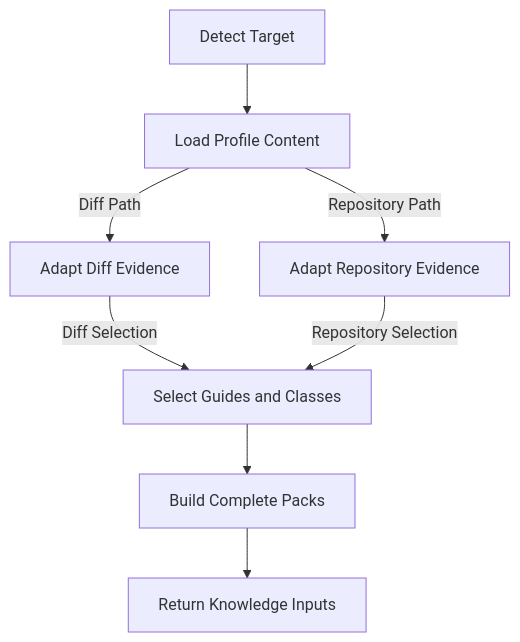
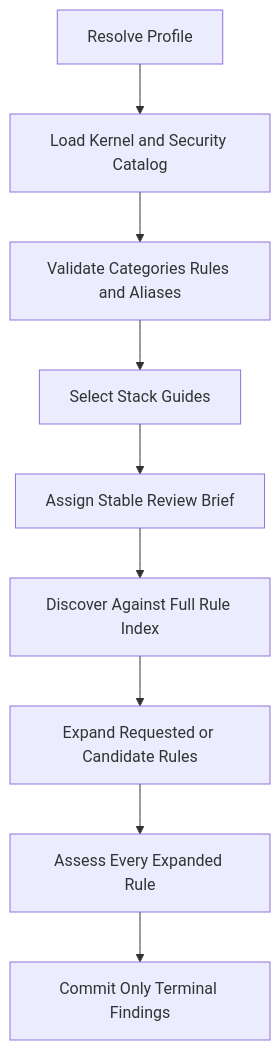
Before and after one commit to eth4nr00t/cyberjury: the diagram in docs/knowledge-design.md, drawn with Mermaid. The commit also changed other lines of this file and 144 other files, not shown here.

Commit message:
refactor: redesign review knowledge and judgment contracts

````diff
--- a/docs/knowledge-design.md
+++ b/docs/knowledge-design.md
@@ -352,10 +249,11 @@
 ```mermaid
 flowchart TD
-    A[Detect Target] --> B[Load Profile Content]
-    B -- Diff Path --> C[Adapt Diff Evidence]
-    B -- Repository Path --> D[Adapt Repository Evidence]
-    C -- Diff Selection --> E[Select Guides and Classes]
-    D -- Repository Selection --> E
-    E --> F[Build Complete Packs]
-    F --> G[Return Knowledge Inputs]
+    A[Resolve Profile] --> B[Load Kernel and Security Catalog]
+    B --> C[Validate Categories Rules and Aliases]
+    C --> D[Select Stack Guides]
+    D --> E[Assign Stable Review Brief]
+    E --> F[Discover Against Full Rule Index]
+    F --> G[Expand Requested or Candidate Rules]
+    G --> H[Assess Every Expanded Rule]
+    H --> I[Commit Only Terminal Findings]
 ```
````
